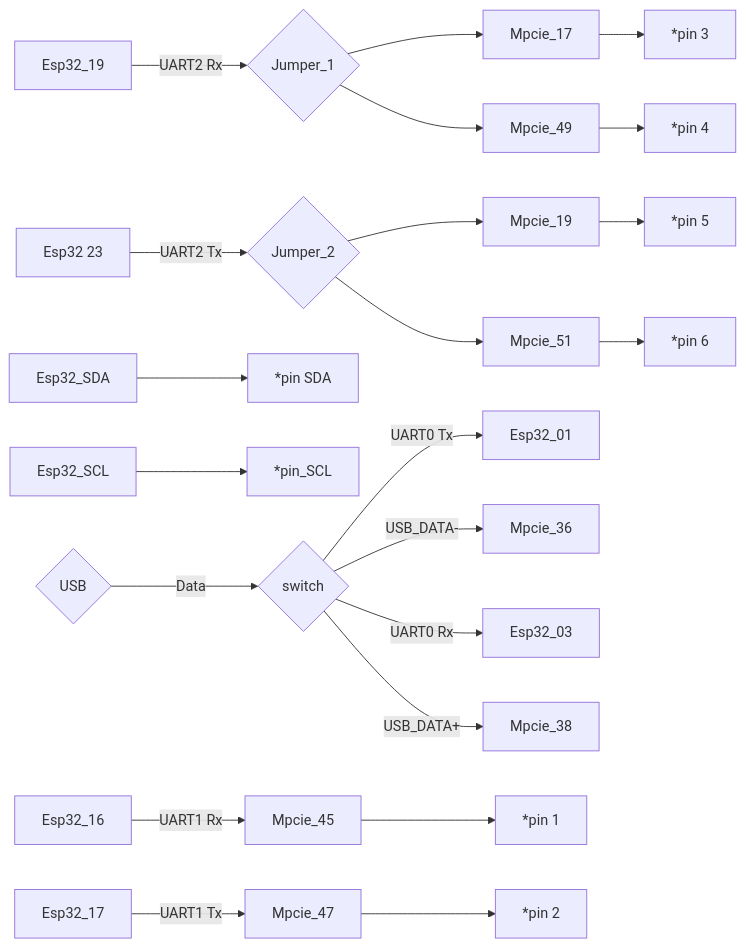
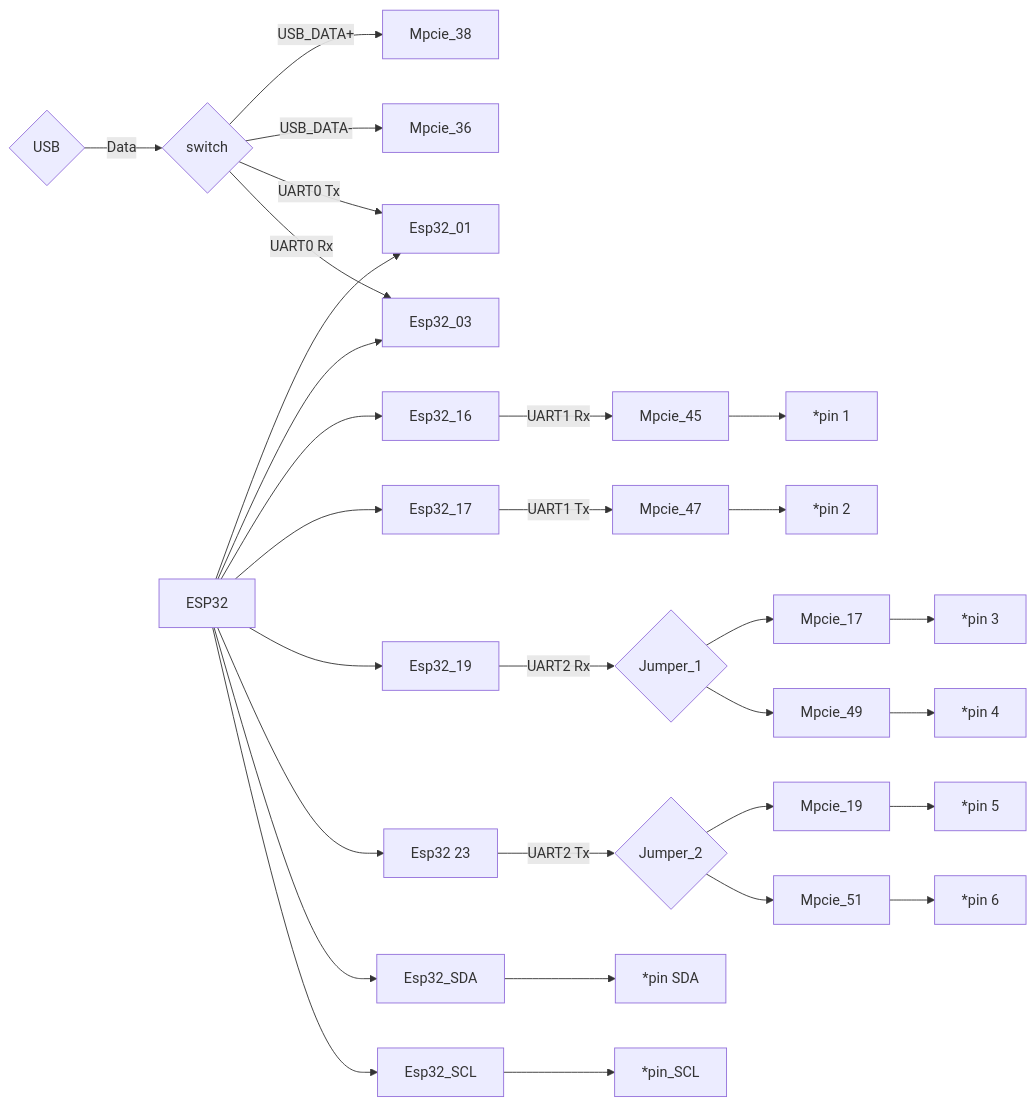
The first of 2 diagrams in v6/draft.md (jancelin/RoverGNSS_RTK_BT_esp32_f9p), drawn with Mermaid before and after one commit.

````diff
--- a/v6/draft.md
+++ b/v6/draft.md
@@ -182,24 +182,32 @@
 ```mermaid
 flowchart LR
     03[Esp32_16] -->|UART1 Rx| 23[Mpcie_45]
     23 --> 41[*pin 1]
     04[Esp32_17] -->|UART1 Tx| 24[Mpcie_47]
     24 --> 42[*pin 2]
     05[Esp32_19] -->|UART2 Rx| 60{Jumper_1}
     60 --> 25[Mpcie_17]
     60 --> 26[Mpcie_49]
     25 --> 43[*pin 3]
     26 --> 44[*pin 4]
     06[Esp32 23] -->|UART2 Tx| 62{Jumper_2}
     62 --> 27[Mpcie_19]
     62 --> 28[Mpcie_51]
     27 --> 45[*pin 5]
     28 --> 46[*pin 6]
     07[Esp32_SDA] --> 47[*pin SDA]
     08[Esp32_SCL] --> 48[*pin_SCL]
     80{USB} -->|Data| 81{switch}
+    81 -->|USB_DATA+| 22[Mpcie_38]
+    81 -->|USB_DATA-| 21[Mpcie_36]
     81 -->|UART0 Tx| 01[Esp32_01]
-    81 -->|USB_DATA-| 21[Mpcie_36]
     81 -->|UART0 Rx| 02[Esp32_03]
-    81 -->|USB_DATA+| 22[Mpcie_38]
+    100[ESP32] --> 01
+    100 --> 02
+    100 --> 03
+    100 --> 04
+    100 --> 05
+    100 --> 06
+    100 --> 07
+    100 --> 08
 ```
````
